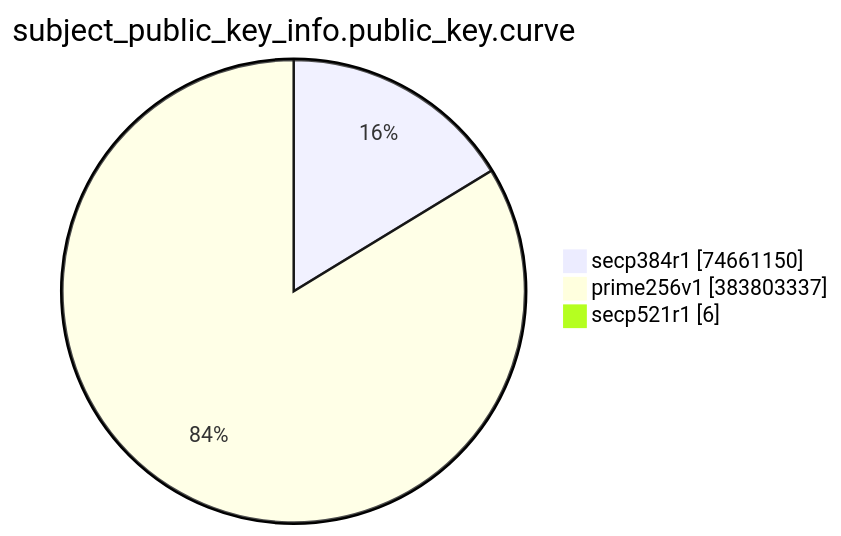
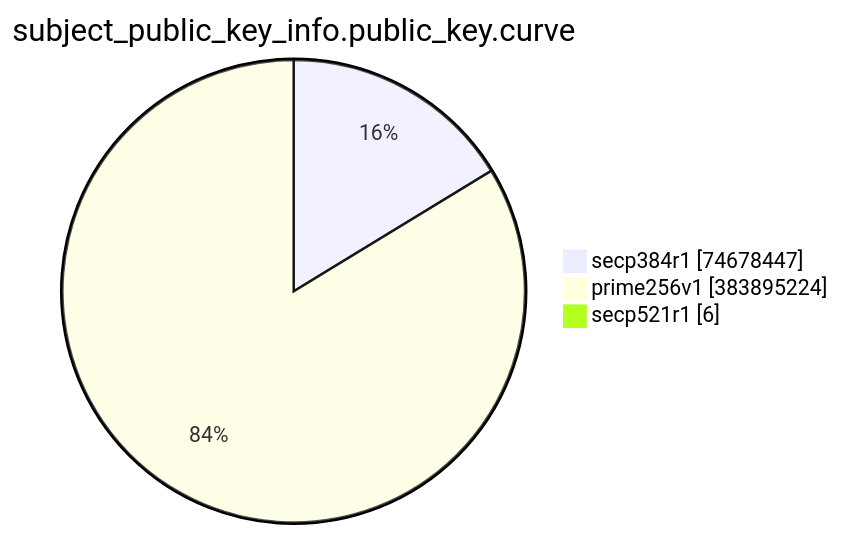
The eighth of 15 diagrams in TOTAL/README.md (christiankrug/ctmonitor_visualization), drawn with Mermaid before and after one commit. The commit also changed other lines of this file, not shown here.

````diff
--- a/TOTAL/README.md
+++ b/TOTAL/README.md
@@ -3094,7 +3094,7 @@
 ```mermaid
 pie showData
 title subject_public_key_info.public_key.curve
-"secp384r1" :74661150
-"prime256v1" :383803337
+"secp384r1" :74678447
+"prime256v1" :383895224
 "secp521r1" :6
 ```
````
